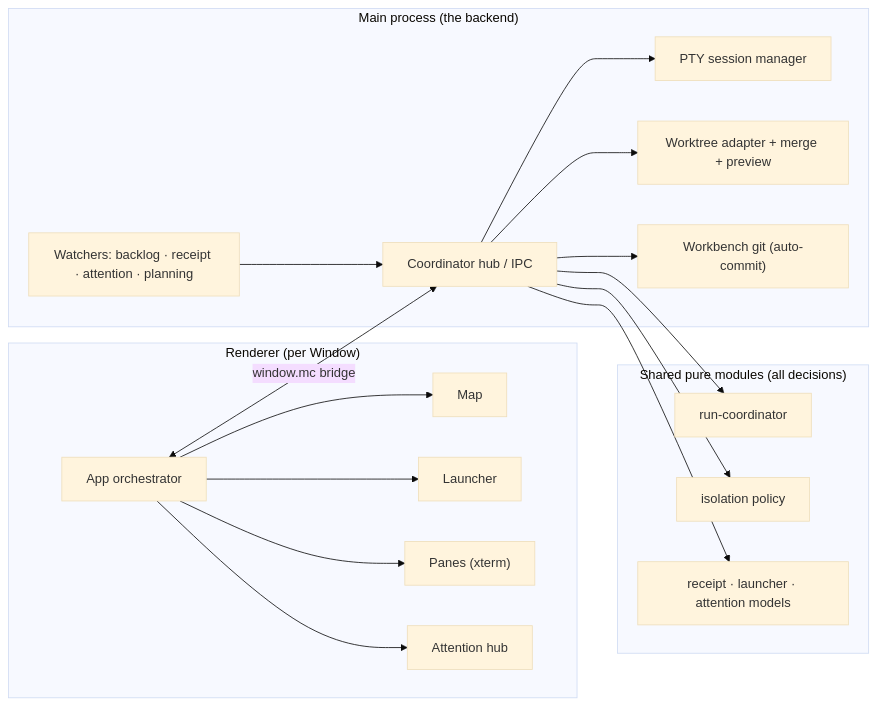
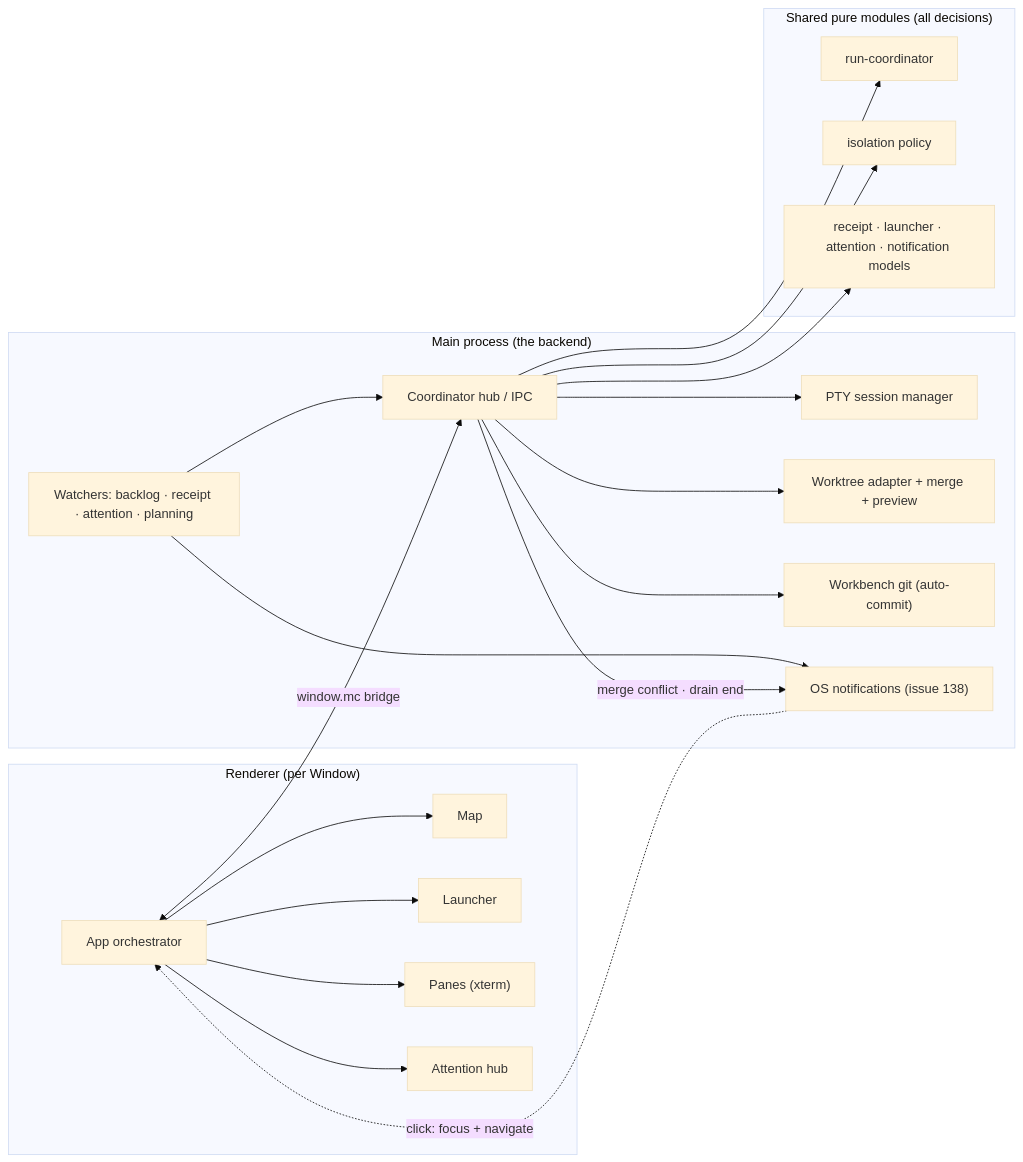
The first of 4 diagrams in docs/ARCHITECTURE.md (diegodjty/mission-control), drawn with Mermaid (base theme) before and after one commit. The commit also changed other lines of this file and 12 other files, not shown here.

Commit message:
afk: complete issue 138 — os-notifications-on-attention-events

````diff
--- a/docs/ARCHITECTURE.md
+++ b/docs/ARCHITECTURE.md
@@ -14,25 +14,28 @@
 ```mermaid
 flowchart LR
   subgraph R["Renderer (per Window)"]
     APP["App orchestrator"] --> MAP["Map"]
     APP --> LCH["Launcher"]
     APP --> PANE["Panes (xterm)"]
     APP --> ATT["Attention hub"]
   end
   subgraph M["Main process (the backend)"]
     HUB["Coordinator hub / IPC"]
     PTY["PTY session manager"]
     WATCH["Watchers: backlog · receipt · attention · planning"]
     GITA["Worktree adapter + merge + preview"]
     WB["Workbench git (auto-commit)"]
+    NOTIFY["OS notifications (issue 138)"]
   end
   subgraph S["Shared pure modules (all decisions)"]
     COORD["run-coordinator"]
     ISO["isolation policy"]
-    MODELS["receipt · launcher · attention models"]
+    MODELS["receipt · launcher · attention · notification models"]
   end
   APP <-->|"window.mc bridge"| HUB
   HUB --> PTY & GITA & WB
-  WATCH --> HUB
+  WATCH --> HUB & NOTIFY
   HUB --> COORD & ISO & MODELS
+  HUB -->|"merge conflict · drain end"| NOTIFY
+  NOTIFY -.->|"click: focus + navigate"| APP
 ```
````
